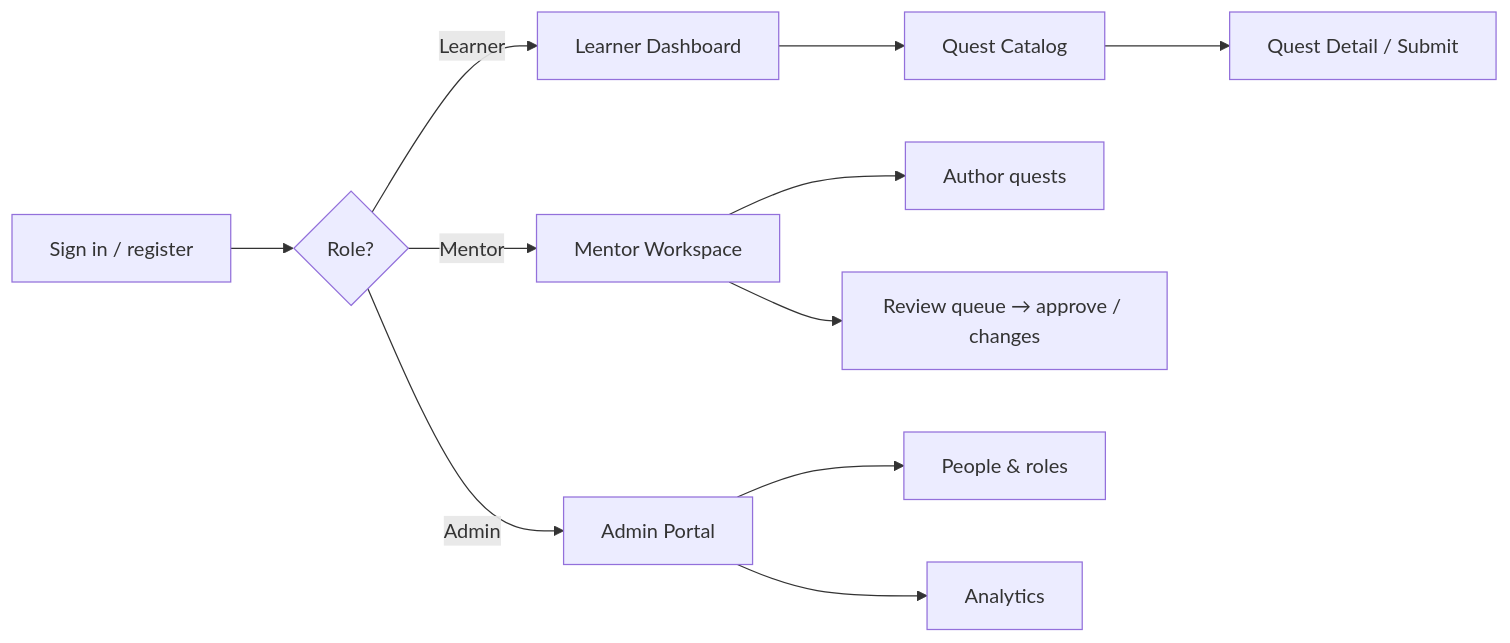
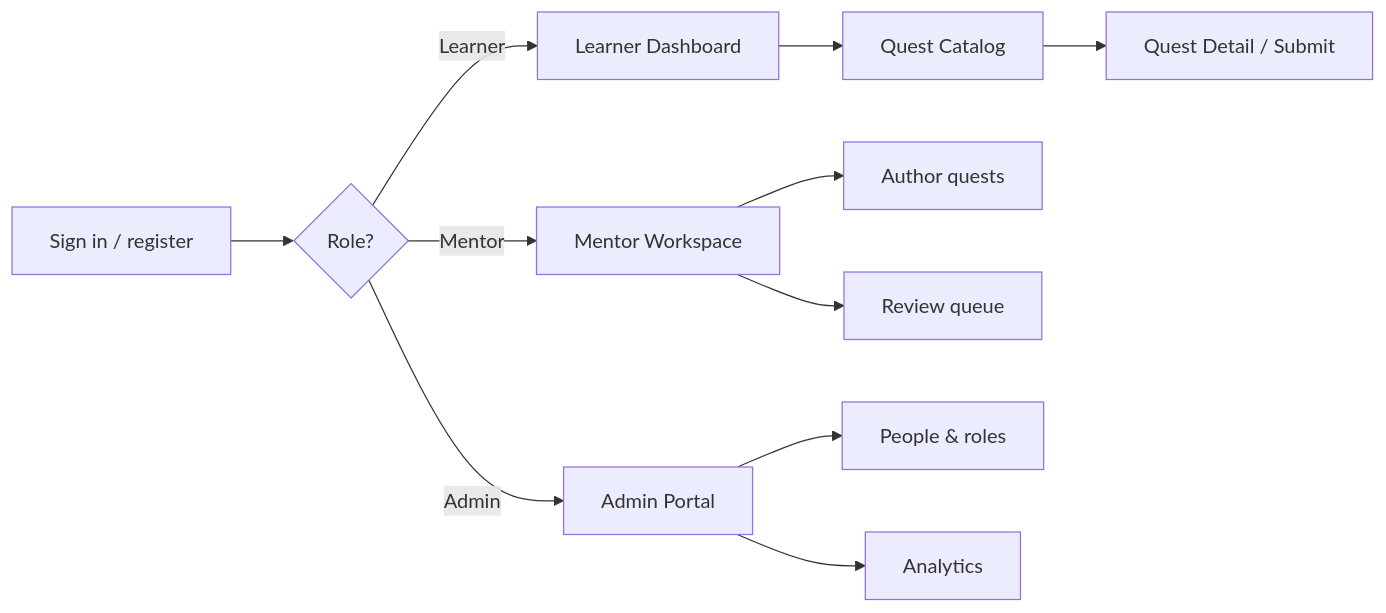
One commit to SakshhamTheCoder/xebia-product-thinking-design-challenge changed the second of 2 diagrams in README.md. Above: the diagram before and after it, drawn with Mermaid. The commit also changed other lines of this file, not shown here.

````diff
--- a/README.md
+++ b/README.md
@@ -129,13 +130,13 @@
 ```mermaid
 flowchart LR
     S[Sign in / register] --> R{Role?}
     R -->|Learner| LD[Learner Dashboard]
     R -->|Mentor| MD[Mentor Workspace]
     R -->|Admin| AD[Admin Portal]
     LD --> QC[Quest Catalog]
     QC --> QD[Quest Detail / Submit]
     MD --> AU[Author quests]
-    MD --> RV[Review queue → approve / changes]
+    MD --> RV[Review queue]
     AD --> PM[People & roles]
     AD --> AN[Analytics]
 ```
````
